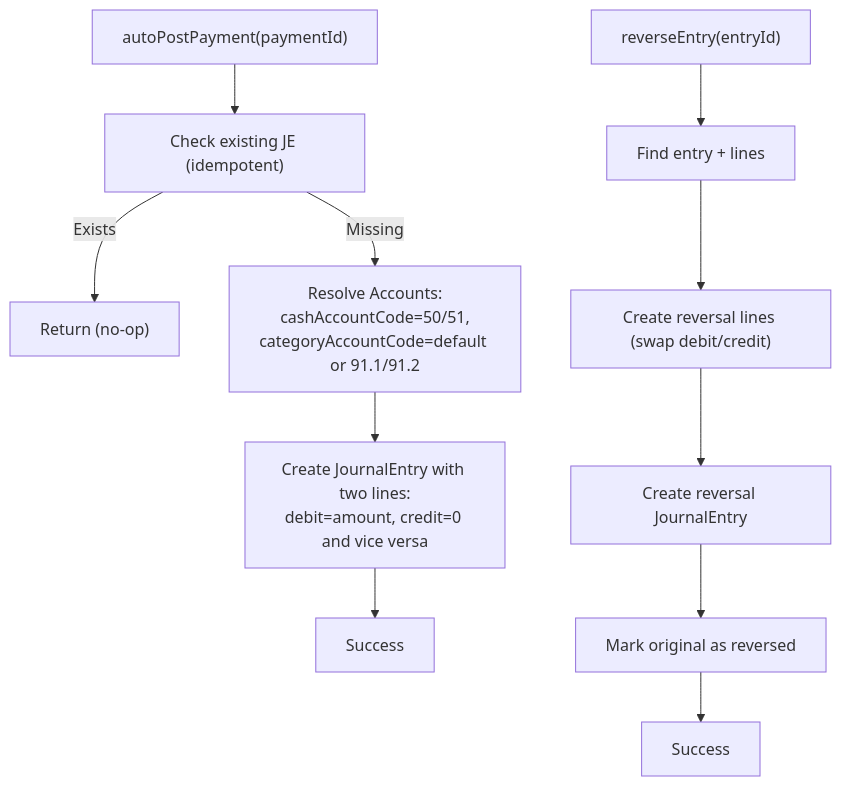
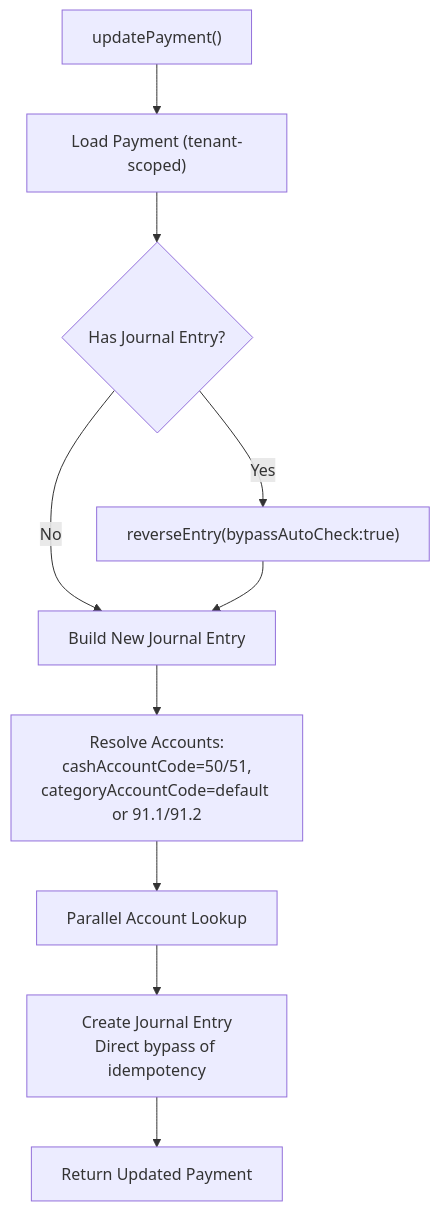
One commit to nzey11/erp-new changed the fourth of 5 diagrams in .qoder/repowiki/en/content/Finance Module/Payment Processing.md. Above: the diagram before and after it, drawn with Mermaid. The commit also changed other lines of this file and 46 other files, not shown here.

````diff
--- a/.qoder/repowiki/en/content/Finance Module/Payment Processing.md
+++ b/.qoder/repowiki/en/content/Finance Module/Payment Processing.md
@@ -243,13 +274,12 @@
 ```mermaid
 flowchart TD
-A["autoPostPayment(paymentId)"] --> B["Check existing JE (idempotent)"]
-B --> |Exists| C["Return (no-op)"]
-B --> |Missing| D["Resolve Accounts:<br/>cashAccountCode=50/51,<br/>categoryAccountCode=default or 91.1/91.2"]
-D --> E["Create JournalEntry with two lines:<br/>debit=amount, credit=0 and vice versa"]
-E --> F["Success"]
-G["reverseEntry(entryId)"] --> H["Find entry + lines"]
-H --> I["Create reversal lines (swap debit/credit)"]
-I --> J["Create reversal JournalEntry"]
-J --> K["Mark original as reversed"]
-K --> L["Success"]
+UpdatePayment["updatePayment()"] --> LoadExisting["Load Payment (tenant-scoped)"]
+LoadExisting --> HasJournal{"Has Journal Entry?"}
+HasJournal --> |Yes| ReverseOld["reverseEntry(bypassAutoCheck:true)"]
+HasJournal --> |No| BuildEntry["Build New Journal Entry"]
+ReverseOld --> BuildEntry
+BuildEntry --> ResolveAccounts["Resolve Accounts:<br/>cashAccountCode=50/51,<br/>categoryAccountCode=default or 91.1/91.2"]
+ResolveAccounts --> ParallelLookup["Parallel Account Lookup"]
+ParallelLookup --> CreateEntry["Create Journal Entry<br/>Direct bypass of idempotency"]
+CreateEntry --> Success["Return Updated Payment"]
 ```
````
